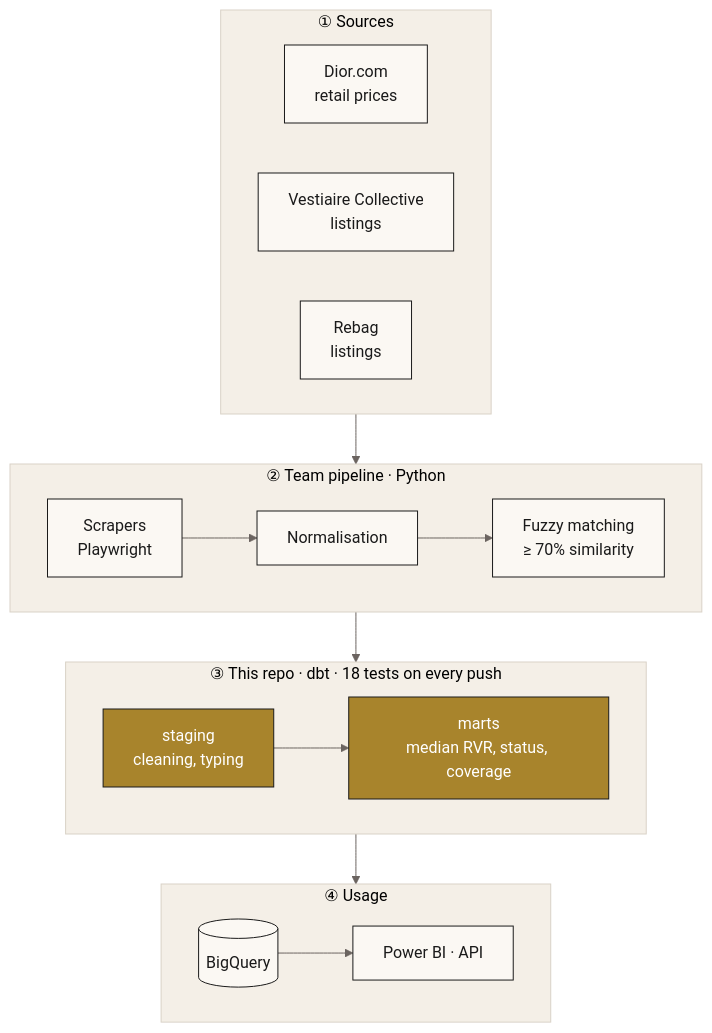
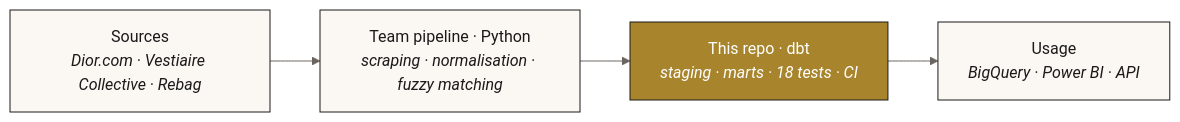
Before and after one commit to MosesKing/dior-rvr-dbt: the first of 3 diagrams in README.en.md, drawn with Mermaid. The commit also changed other lines of this file and 1 other file, not shown here.

Commit message:
README: simpler architecture diagram, fix decision labels

````diff
--- a/README.en.md
+++ b/README.en.md
@@ -64,26 +64,8 @@
 ```mermaid
 %%{init: {'theme':'base','themeVariables':{'primaryColor':'#FBF8F3','primaryBorderColor':'#1A1A1A','primaryTextColor':'#1A1A1A','lineColor':'#6B6460','clusterBkg':'#F4EFE7','clusterBorder':'#D9D2C7','edgeLabelBackground':'#FFFFFF','fontFamily':'Helvetica, Arial, sans-serif'}}}%%
-flowchart TB
-    subgraph S["① Sources"]
-        direction LR
-        D[Dior.com<br/>retail prices]
-        V[Vestiaire Collective<br/>listings]
-        R[Rebag<br/>listings]
-    end
-    subgraph P["② Team pipeline · Python"]
-        direction LR
-        SC[Scrapers<br/>Playwright] --> N[Normalisation] --> M[Fuzzy matching<br/>≥ 70% similarity]
-    end
-    subgraph T["③ This repo · dbt · 18 tests on every push"]
-        direction LR
-        STG[staging<br/>cleaning, typing] --> MART[marts<br/>median RVR, status, coverage]
-    end
-    subgraph U["④ Usage"]
-        direction LR
-        BQ[(BigQuery)] --> BI[Power BI · API]
-    end
-    S --> P --> T --> U
+flowchart LR
+    A["Sources<br/><i>Dior.com · Vestiaire Collective · Rebag</i>"] --> B["Team pipeline · Python<br/><i>scraping · normalisation · fuzzy matching</i>"] --> C["This repo · dbt<br/><i>staging · marts · 18 tests · CI</i>"] --> D["Usage<br/><i>BigQuery · Power BI · API</i>"]
 
     classDef dbt fill:#A8842C,stroke:#1A1A1A,color:#FFFFFF
-    class STG,MART dbt
+    class C dbt
 ```
````
